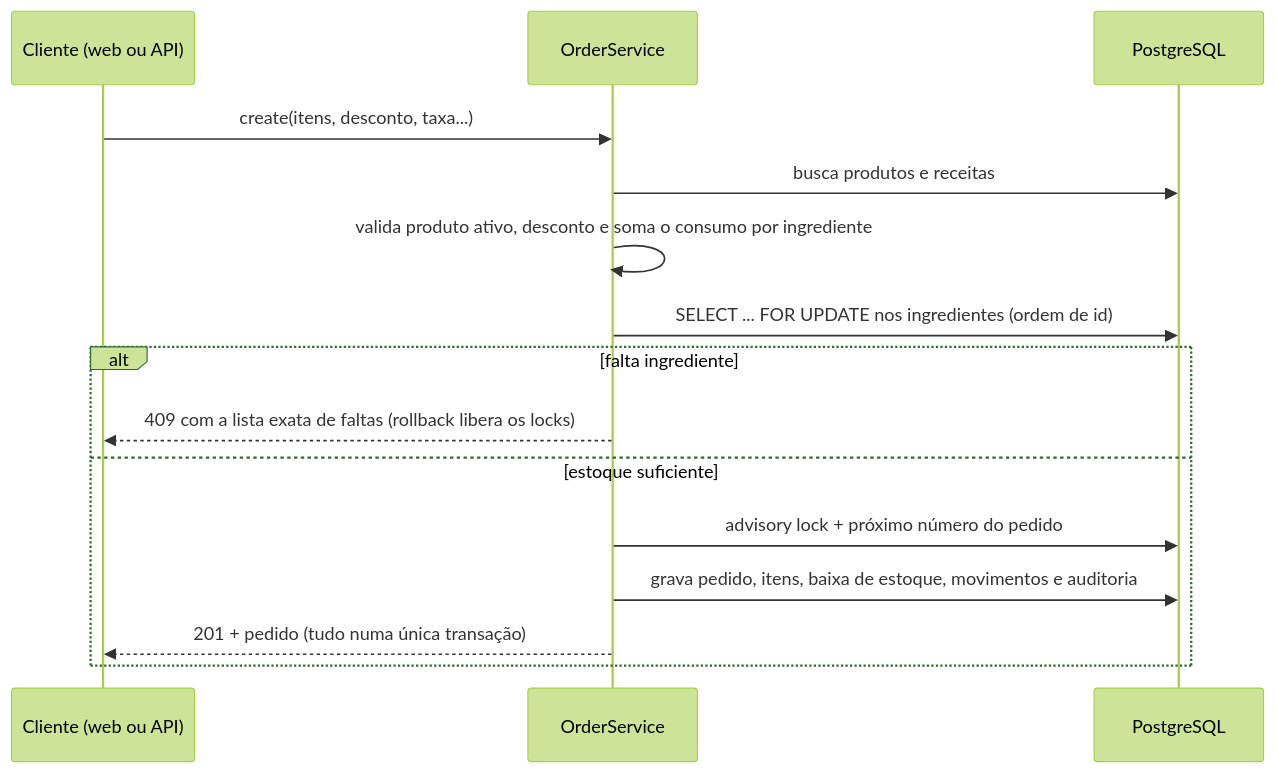
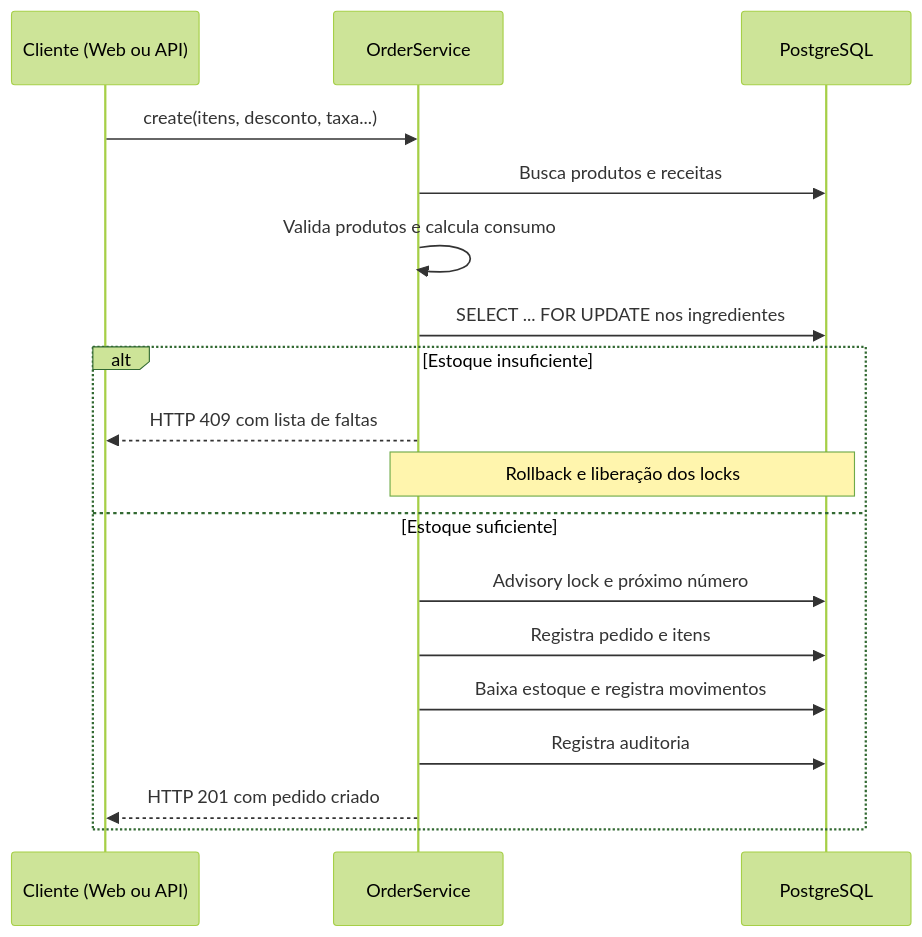
Before and after one commit to adanwilliamdev/Burger-Pizza-House: the first of 2 diagrams in README.md, drawn with Mermaid (forest theme). The commit also changed other lines of this file, not shown here.

````diff
--- a/README.md
+++ b/README.md
@@ -79,17 +252,22 @@
 ```mermaid
 sequenceDiagram
-    participant C as Cliente (web ou API)
+    participant C as Cliente (Web ou API)
     participant S as OrderService
     participant DB as PostgreSQL
+
     C->>S: create(itens, desconto, taxa...)
-    S->>DB: busca produtos e receitas
-    S->>S: valida produto ativo, desconto e soma o consumo por ingrediente
-    S->>DB: SELECT ... FOR UPDATE nos ingredientes (ordem de id)
-    alt falta ingrediente
-        S-->>C: 409 com a lista exata de faltas (rollback libera os locks)
-    else estoque suficiente
-        S->>DB: advisory lock + próximo número do pedido
-        S->>DB: grava pedido, itens, baixa de estoque, movimentos e auditoria
-        S-->>C: 201 + pedido (tudo numa única transação)
+    S->>DB: Busca produtos e receitas
+    S->>S: Valida produtos e calcula consumo
+    S->>DB: SELECT ... FOR UPDATE nos ingredientes
+
+    alt Estoque insuficiente
+        S-->>C: HTTP 409 com lista de faltas
+        Note over S,DB: Rollback e liberação dos locks
+    else Estoque suficiente
+        S->>DB: Advisory lock e próximo número
+        S->>DB: Registra pedido e itens
+        S->>DB: Baixa estoque e registra movimentos
+        S->>DB: Registra auditoria
+        S-->>C: HTTP 201 com pedido criado
     end
 ```
````
